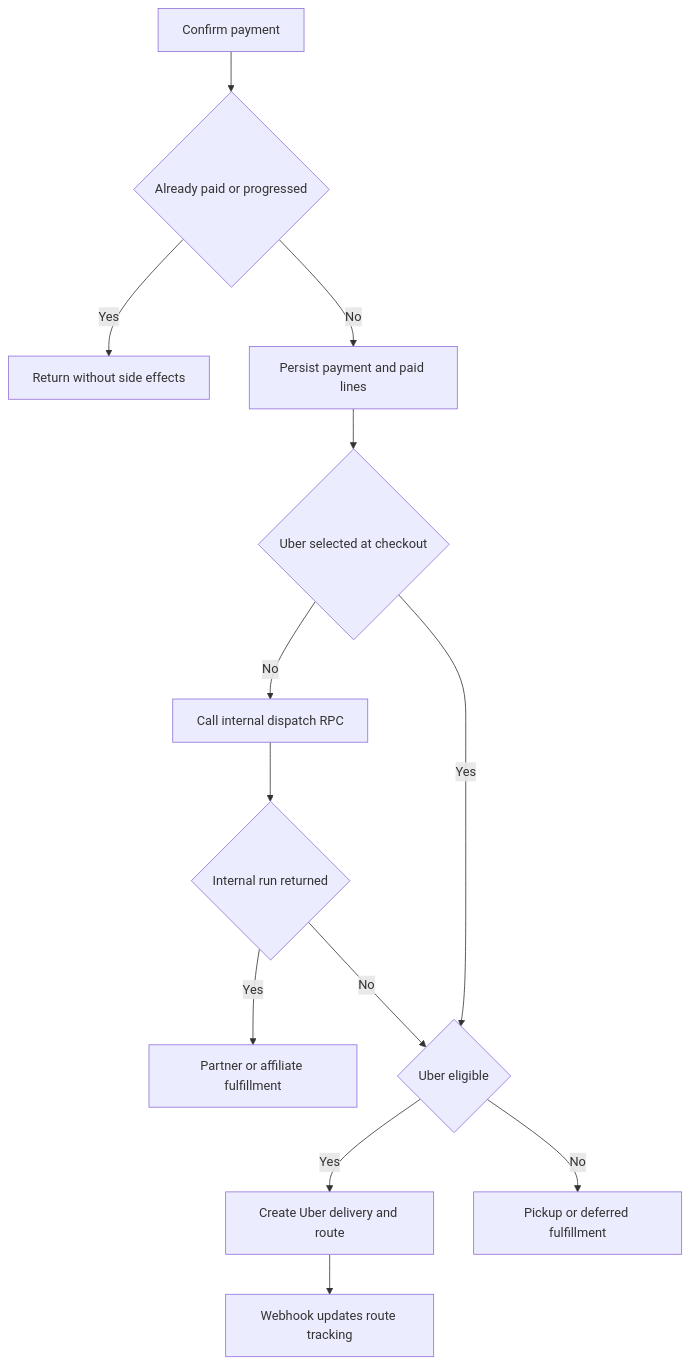
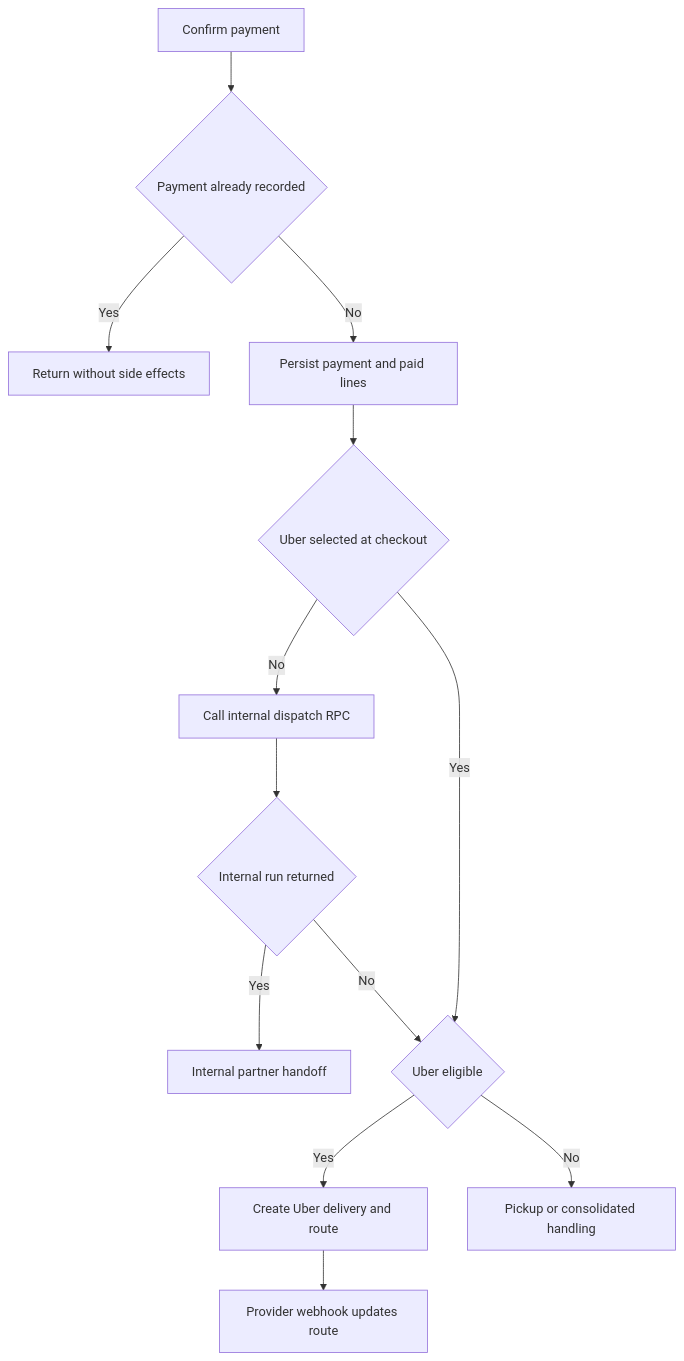
Before and after one commit to Schneider-Gr/industria24hIA: the second of 2 diagrams in openwiki/workflows/fulfillment-and-logistics.md, drawn with Mermaid. The commit also changed other lines of this file and 32 other files, not shown here.

````diff
--- a/openwiki/workflows/fulfillment-and-logistics.md
+++ b/openwiki/workflows/fulfillment-and-logistics.md
@@ -107,15 +113,15 @@
 ```mermaid
 flowchart TD
-    Confirm["Confirm payment"] --> Already{"Already paid or progressed"}
-    Already -- Yes --> Stop["Return without side effects"]
-    Already -- No --> Persist["Persist payment and paid lines"]
-    Persist --> ExplicitUber{"Uber selected at checkout"}
-    ExplicitUber -- No --> Dispatch["Call internal dispatch RPC"]
-    Dispatch --> InternalRun{"Internal run returned"}
-    InternalRun -- Yes --> Partner["Partner or affiliate fulfillment"]
-    InternalRun -- No --> Eligible{"Uber eligible"}
-    ExplicitUber -- Yes --> Eligible
-    Eligible -- Yes --> Uber["Create Uber delivery and route"]
-    Eligible -- No --> Deferred["Pickup or deferred fulfillment"]
-    Uber --> Webhook["Webhook updates route tracking"]
+    Confirm["Confirm payment"] --> Recorded{"Payment already recorded"}
+    Recorded -- Yes --> Stop["Return without side effects"]
+    Recorded -- No --> Persist["Persist payment and paid lines"]
+    Persist --> Explicit{"Uber selected at checkout"}
+    Explicit -- No --> Internal["Call internal dispatch RPC"]
+    Internal --> HasRun{"Internal run returned"}
+    HasRun -- Yes --> Handoff["Internal partner handoff"]
+    HasRun -- No --> Eligible{"Uber eligible"}
+    Explicit -- Yes --> Eligible
+    Eligible -- Yes --> Create["Create Uber delivery and route"]
+    Eligible -- No --> Deferred["Pickup or consolidated handling"]
+    Create --> Provider["Provider webhook updates route"]
 ```
````
